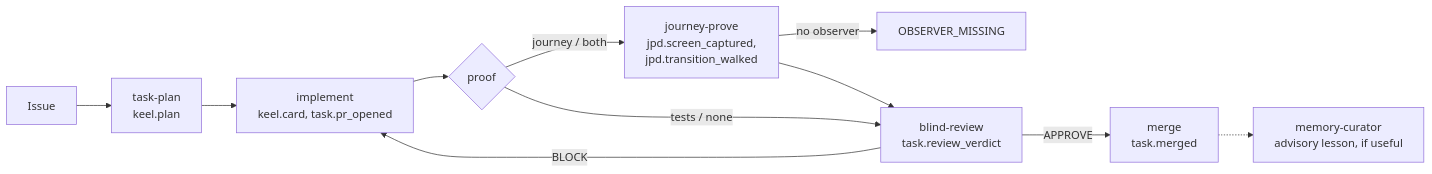
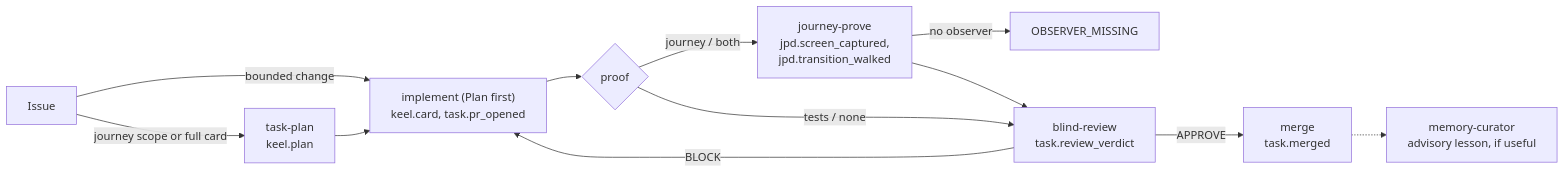
Before and after one commit to stabem/GraphHelm: the diagram in docs/skills/README.md, drawn with Mermaid. The commit also changed other lines of this file and 5 other files, not shown here.

First line of the commit message:
docs(skills): task-plan is for journey-scope and full-card changes

````diff
--- a/docs/skills/README.md
+++ b/docs/skills/README.md
@@ -28,13 +28,14 @@
 ```mermaid
 flowchart LR
-  I["Issue"] --> P["task-plan<br/>keel.plan"]
-  P --> M["implement<br/>keel.card, task.pr_opened"]
+  I["Issue"] -->|"bounded change"| M["implement (Plan first)<br/>keel.card, task.pr_opened"]
+  I -->|"journey scope or full card"| P["task-plan<br/>keel.plan"]
+  P --> M
   M --> J{"proof"}
   J -->|"journey / both"| V["journey-prove<br/>jpd.screen_captured,<br/>jpd.transition_walked"]
   J -->|"tests / none"| R
   V -->|"no observer"| X["OBSERVER_MISSING"]
   V --> R["blind-review<br/>task.review_verdict"]
   R -->|"BLOCK"| M
   R -->|"APPROVE"| G["merge<br/>task.merged"]
   G -.-> L["memory-curator<br/>advisory lesson, if useful"]
 ```
````
